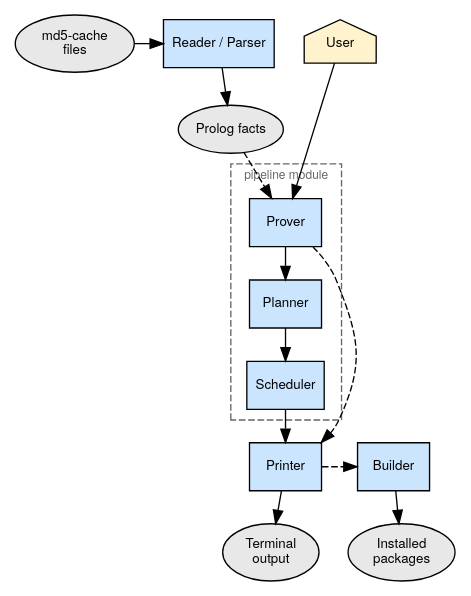
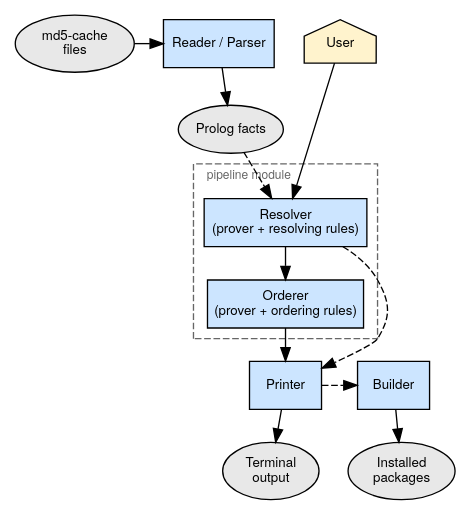
The diagram in Documentation/Handbook/Diagrams/04-pipeline-overview.dot (pvdabeel/prolog), drawn with Graphviz before and after one commit. The commit also changed 83 other files, not shown here.

```diff
--- a/Documentation/Handbook/Diagrams/04-pipeline-overview.dot
+++ b/Documentation/Handbook/Diagrams/04-pipeline-overview.dot
@@ -1,58 +1,57 @@
 // Chapter 4 — portage-ng pipeline overview (compact)
 // Render: dot -Tsvg 04-pipeline-overview.dot -o 04-pipeline-overview.svg
 
 digraph pipeline {
     rankdir=TB;
     fontname="Helvetica Neue";
     fontsize=11;
     node [fontname="Helvetica Neue", fontsize=10, style=filled, margin="0.10,0.06"];
     edge [fontname="Helvetica Neue", fontsize=9];
     nodesep=0.30;
     ranksep=0.35;
 
     // Input row
     md5cache   [label="md5-cache\nfiles", shape=ellipse, fillcolor="#e8e8e8"];
     reader     [label="Reader / Parser", shape=box, fillcolor="#cce5ff"];
     user       [label="User", shape=house, fillcolor="#FFF3CD"];
 
     // Knowledge
     facts      [label="Prolog facts", shape=ellipse, fillcolor="#e8e8e8"];
 
     // Pipeline cluster
     subgraph cluster_pipeline {
         label="pipeline module";
         labeljust=l;
         style=dashed;
         color="#666666";
         fontcolor="#666666";
         fontsize=9;
 
-        prover     [label="Prover", shape=box, fillcolor="#cce5ff"];
-        planner    [label="Planner", shape=box, fillcolor="#cce5ff"];
-        scheduler  [label="Scheduler", shape=box, fillcolor="#cce5ff"];
+        resolver   [label="Resolver\n(prover + resolving rules)", shape=box, fillcolor="#cce5ff"];
+        orderer    [label="Orderer\n(prover + ordering rules)", shape=box, fillcolor="#cce5ff"];
 
-        prover -> planner -> scheduler;
+        resolver -> orderer;
     }
 
     // Output row
     printer    [label="Printer", shape=box, fillcolor="#cce5ff"];
     builder    [label="Builder", shape=box, fillcolor="#cce5ff"];
     output     [label="Terminal\noutput", shape=ellipse, fillcolor="#e8e8e8"];
     builds     [label="Installed\npackages", shape=ellipse, fillcolor="#e8e8e8"];
 
     // Flow
     md5cache  -> reader;
     reader    -> facts;
-    facts     -> prover  [style=dashed];
-    user      -> prover;
-    scheduler -> printer;
-    prover    -> printer [style=dashed, constraint=false];
+    facts     -> resolver [style=dashed];
+    user      -> resolver;
+    orderer   -> printer;
+    resolver  -> printer [style=dashed, constraint=false];
     printer   -> output;
     printer   -> builder [style=dashed];
     builder   -> builds;
 
     // Rank alignment
     { rank=same; md5cache; reader; user; }
     { rank=same; printer; builder; }
     { rank=same; output; builds; }
 }
```
